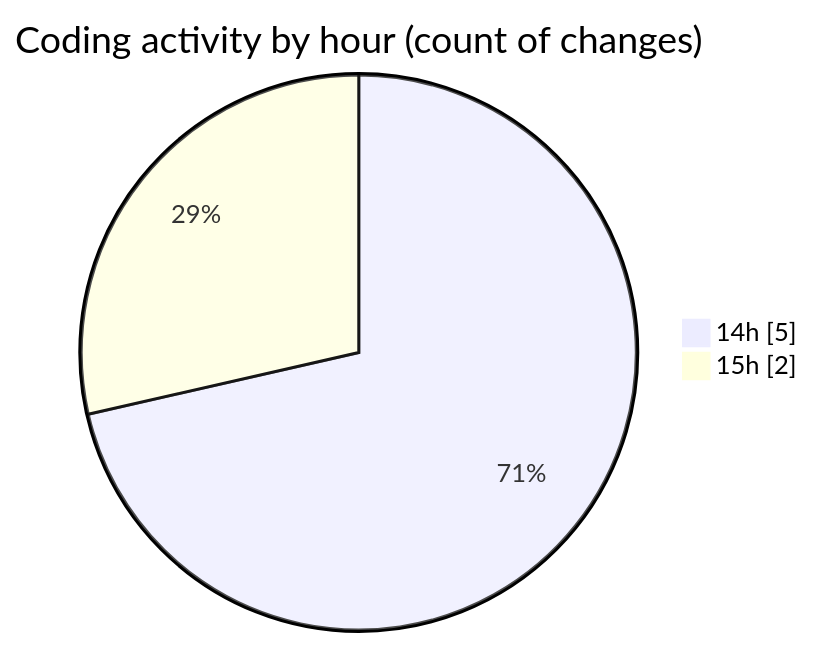
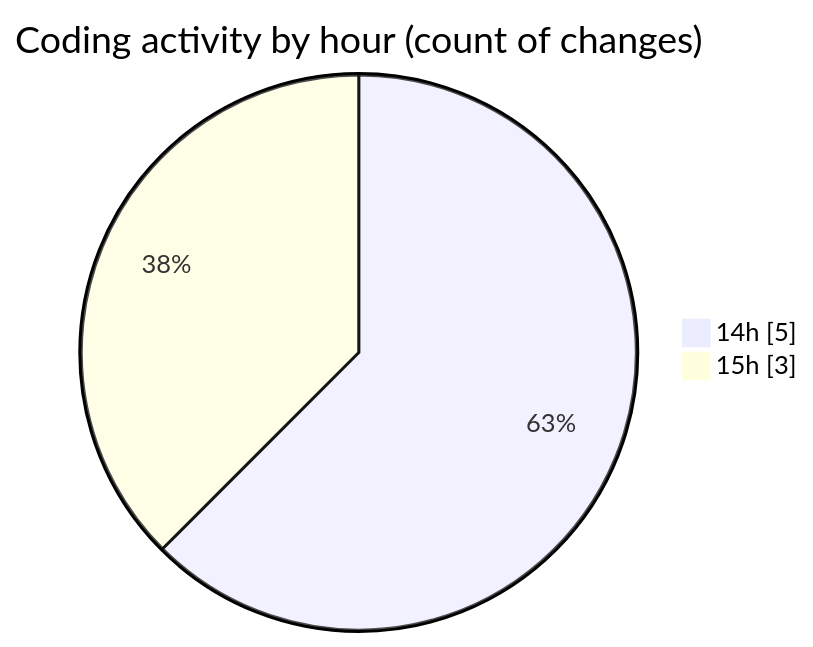
Before and after one commit to ricardozamudiocil/code-tracking: the second of 2 diagrams in 2026-08-27/cilreports__workspace_/README.md, drawn with Mermaid. The commit also changed other lines of this file and 1 other file, not shown here.

````diff
--- a/2026-08-27/cilreports__workspace_/README.md
+++ b/2026-08-27/cilreports__workspace_/README.md
@@ -32,6 +32,6 @@
 ```mermaid
 pie showData
 title Coding activity by hour (count of changes)
 "14h" : 5
-"15h" : 2
+"15h" : 3
 ```
````
